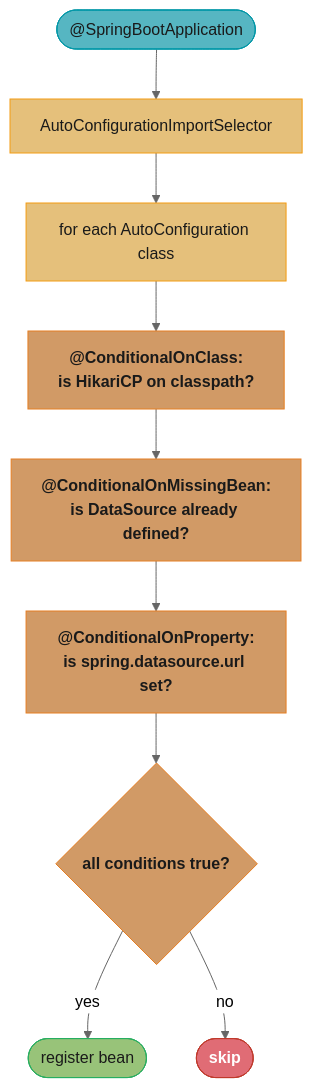
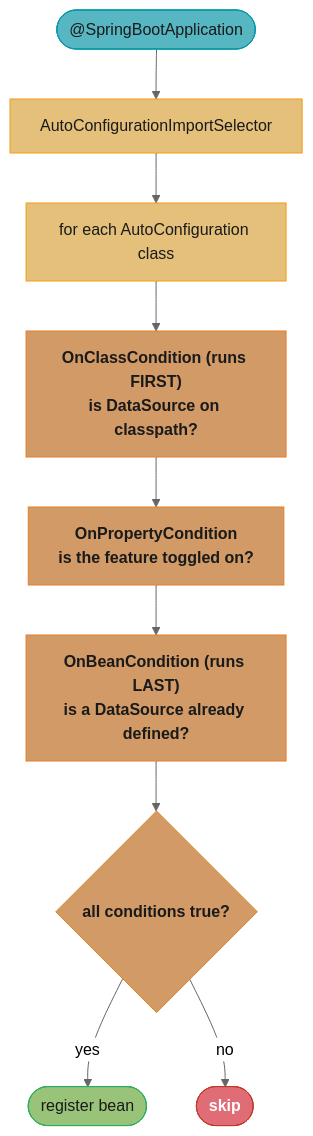
One commit to rppol/system-design changed the diagram in src/main/java/com/rutik/systemdesign/spring/spring_configuration/README.md. Above: the diagram before and after it, drawn with Mermaid (neutral theme). The commit also changed other lines of this file and 6 other files, not shown here.

````diff
--- a/src/main/java/com/rutik/systemdesign/spring/spring_configuration/README.md
+++ b/src/main/java/com/rutik/systemdesign/spring/spring_configuration/README.md
@@ -118,25 +118,25 @@
 ```mermaid
 flowchart TD
     classDef io      fill:#61afef,stroke:#2e86c1,color:#1a1a1a,font-weight:bold
     classDef frozen  fill:#c678dd,stroke:#9b59b6,color:#fff
     classDef train   fill:#98c379,stroke:#27ae60,color:#1a1a1a
     classDef mathOp  fill:#d19a66,stroke:#e67e22,color:#1a1a1a,font-weight:bold
     classDef lossN   fill:#e06c75,stroke:#c0392b,color:#fff,font-weight:bold
     classDef req     fill:#56b6c2,stroke:#0097a7,color:#1a1a1a
     classDef base    fill:#e5c07b,stroke:#f39c12,color:#1a1a1a
 
     App(["@SpringBootApplication"]) --> Selector["AutoConfigurationImportSelector"]
     Selector --> ForEach["for each AutoConfiguration class"]
-    ForEach --> Cond1["@ConditionalOnClass:\nis HikariCP on classpath?"]
-    Cond1 --> Cond2["@ConditionalOnMissingBean:\nis DataSource already defined?"]
-    Cond2 --> Cond3["@ConditionalOnProperty:\nis spring.datasource.url set?"]
+    ForEach --> Cond1["OnClassCondition (runs FIRST)\nis DataSource on classpath?"]
+    Cond1 --> Cond2["OnPropertyCondition\nis the feature toggled on?"]
+    Cond2 --> Cond3["OnBeanCondition (runs LAST)\nis a DataSource already defined?"]
     Cond3 --> AllTrue{"all conditions true?"}
     AllTrue -->|"yes"| Register(["register bean"])
     AllTrue -->|"no"| Skip(["skip"])
 
     class App req
     class Selector,ForEach base
     class Cond1,Cond2,Cond3,AllTrue mathOp
     class Register train
     class Skip lossN
 ```
````
